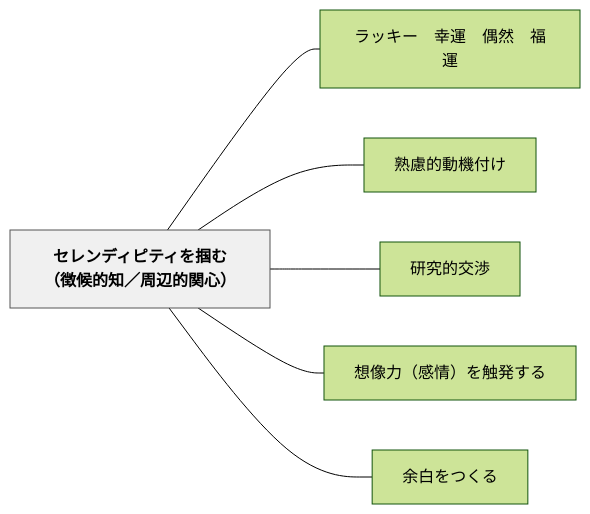
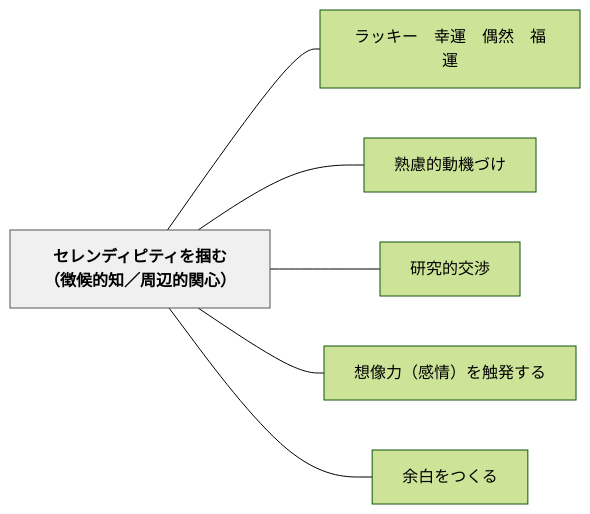
Before and after one commit to unknownthings-ed-patterns/unknownthings-ed-patterns: the diagram in content/パタン/セレンディピティを掴む（徴候的知／周辺的関心）.md, drawn with Mermaid (forest theme). The commit also changed other lines of this file and 234 other files, not shown here.

````diff
--- a/content/パタン/セレンディピティを掴む（徴候的知／周辺的関心）.md
+++ b/content/パタン/セレンディピティを掴む（徴候的知／周辺的関心）.md
@@ -37,18 +37,18 @@
 ```mermaid
 flowchart LR
     ne382bbe383ace383b3e38387e382a3e38394e38386e382a3e38292e68eb4e38280efbc88e5beb4e58099e79a84e79fa5efbc8fe591a8e8bebae79a84e996a2e5bf83efbc89["セレンディピティを掴む（徴候的知／周辺的関心）"]
     ne383a9e38383e382ade383bce38080e5b9b8e9818be38080e581b6e784b6e38080e7a68fe9818b["ラッキー　幸運　偶然　福運"]
-    ne7869fe685aee79a84e58b95e6a99fe4bb98e38191["熟慮的動機付け"]
+    ne7869fe685aee79a84e58b95e6a99fe381a5e38191["熟慮的動機づけ"]
     ne7a094e7a9b6e79a84e4baa4e6b889["研究的交渉"]
     ne683b3e5838fe58a9befbc88e6849fe68385efbc89e38292e8a7a6e799bae38199e3828b["想像力（感情）を触発する"]
     ne4bd99e799bde38292e381a4e3818fe3828b["余白をつくる"]
 
     ne382bbe383ace383b3e38387e382a3e38394e38386e382a3e38292e68eb4e38280efbc88e5beb4e58099e79a84e79fa5efbc8fe591a8e8bebae79a84e996a2e5bf83efbc89 --- ne383a9e38383e382ade383bce38080e5b9b8e9818be38080e581b6e784b6e38080e7a68fe9818b
-    ne382bbe383ace383b3e38387e382a3e38394e38386e382a3e38292e68eb4e38280efbc88e5beb4e58099e79a84e79fa5efbc8fe591a8e8bebae79a84e996a2e5bf83efbc89 --- ne7869fe685aee79a84e58b95e6a99fe4bb98e38191
+    ne382bbe383ace383b3e38387e382a3e38394e38386e382a3e38292e68eb4e38280efbc88e5beb4e58099e79a84e79fa5efbc8fe591a8e8bebae79a84e996a2e5bf83efbc89 --- ne7869fe685aee79a84e58b95e6a99fe381a5e38191
     ne382bbe383ace383b3e38387e382a3e38394e38386e382a3e38292e68eb4e38280efbc88e5beb4e58099e79a84e79fa5efbc8fe591a8e8bebae79a84e996a2e5bf83efbc89 --- ne7a094e7a9b6e79a84e4baa4e6b889
     ne382bbe383ace383b3e38387e382a3e38394e38386e382a3e38292e68eb4e38280efbc88e5beb4e58099e79a84e79fa5efbc8fe591a8e8bebae79a84e996a2e5bf83efbc89 --- ne683b3e5838fe58a9befbc88e6849fe68385efbc89e38292e8a7a6e799bae38199e3828b
     ne382bbe383ace383b3e38387e382a3e38394e38386e382a3e38292e68eb4e38280efbc88e5beb4e58099e79a84e79fa5efbc8fe591a8e8bebae79a84e996a2e5bf83efbc89 --- ne4bd99e799bde38292e381a4e3818fe3828b
 
     classDef hub fill:#f0f0f0,stroke:#555,color:#000,font-weight:bold
     class ne382bbe383ace383b3e38387e382a3e38394e38386e382a3e38292e68eb4e38280efbc88e5beb4e58099e79a84e79fa5efbc8fe591a8e8bebae79a84e996a2e5bf83efbc89 hub
 ```
````
